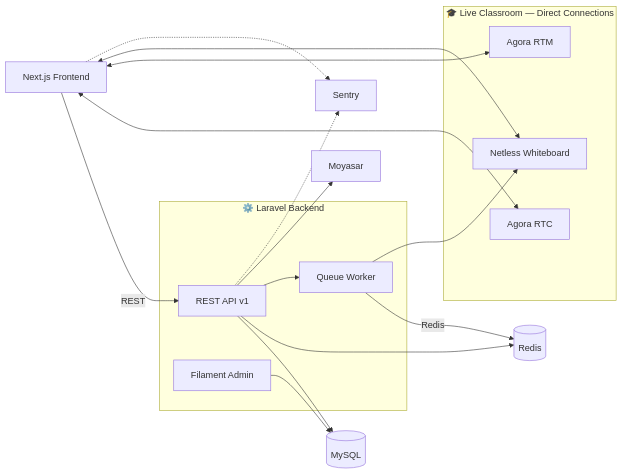
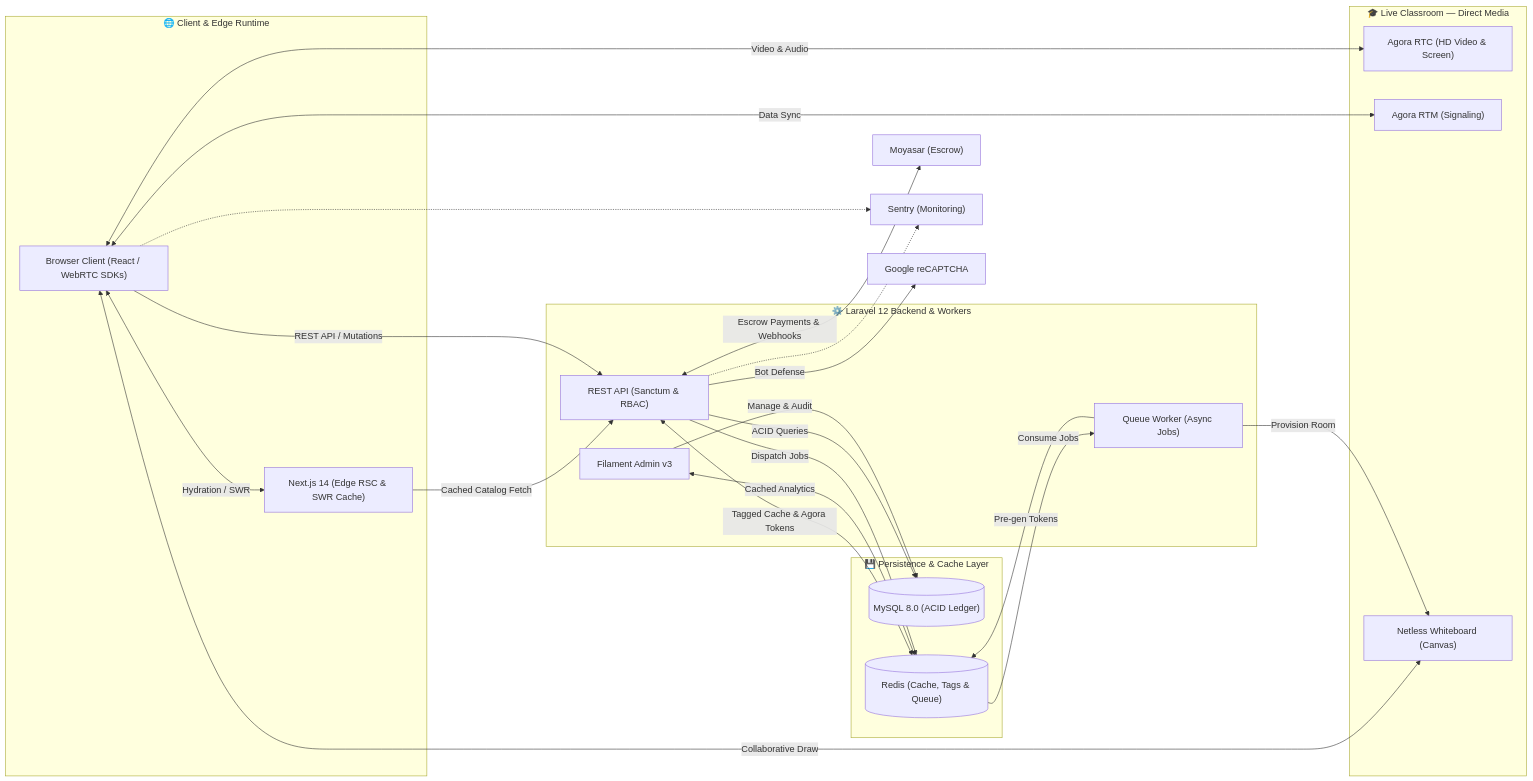
One commit to Ammar-1993/Taj-Platform changed the diagram in README.md. Above: the diagram before and after it, drawn with Mermaid. The commit also changed other lines of this file, not shown here.

Commit message:
docs(architecture): refine System Architecture diagram with v2.0 hybrid RSC, Redis queue & WebRTC flows

````diff
--- a/README.md
+++ b/README.md
@@ -55,35 +59,52 @@
 ```mermaid
 graph LR
-    FE[Next.js Frontend]
-
-    subgraph Live["🎓 Live Classroom — Direct Connections"]
-        RTC[Agora RTC]
-        RTM[Agora RTM]
-        WB[Netless Whiteboard]
+    subgraph ClientLayer["🌐 Client & Edge Runtime"]
+        CLIENT["Browser Client (React / WebRTC SDKs)"]
+        SSR["Next.js 14 (Edge RSC & SWR Cache)"]
     end
 
-    subgraph BE["⚙️ Laravel Backend"]
-        API[REST API v1]
-        ADMIN[Filament Admin]
-        QUEUE[Queue Worker]
+    subgraph Live["🎓 Live Classroom — Direct Media"]
+        RTC["Agora RTC (HD Video & Screen)"]
+        RTM["Agora RTM (Signaling)"]
+        WB["Netless Whiteboard (Canvas)"]
     end
 
-    DB[(MySQL)]
-    REDIS[(Redis)]
-    PAY[Moyasar]
-    MON[Sentry]
+    subgraph BE["⚙️ Laravel 12 Backend & Workers"]
+        API["REST API (Sanctum & RBAC)"]
+        ADMIN["Filament Admin v3"]
+        QUEUE["Queue Worker (Async Jobs)"]
+    end
 
-    FE -->|REST| API
-    FE <--> RTC
-    FE <--> RTM
-    FE <--> WB
-    API --> DB
-    API --> REDIS
-    ADMIN --> DB
-    API --> QUEUE
-    QUEUE -->|Redis| REDIS
-    QUEUE --> WB
-    API --> PAY
+    subgraph Data["💾 Persistence & Cache Layer"]
+        DB[("MySQL 8.0 (ACID Ledger)")]
+        REDIS[("Redis (Cache, Tags & Queue)")]
+    end
+
+    PAY["Moyasar (Escrow)"]
+    MON["Sentry (Monitoring)"]
+    CAPTCHA["Google reCAPTCHA"]
+
+    %% Client and Frontend Connections
+    CLIENT <-->|Hydration / SWR| SSR
+    SSR -->|Cached Catalog Fetch| API
+    CLIENT -->|REST API / Mutations| API
+    CLIENT <-->|Video & Audio| RTC
+    CLIENT <-->|Data Sync| RTM
+    CLIENT <-->|Collaborative Draw| WB
+
+    %% Backend to Data & Infrastructure
+    API -->|ACID Queries| DB
+    ADMIN -->|Manage & Audit| DB
+    API <-->|Tagged Cache & Agora Tokens| REDIS
+    ADMIN <-->|Cached Analytics| REDIS
+    API -->|Dispatch Jobs| REDIS
+    REDIS -->|Consume Jobs| QUEUE
+    QUEUE -->|Pre-gen Tokens| REDIS
+    QUEUE -->|Provision Room| WB
+
+    %% Third-Party Services
+    API <-->|Escrow Payments & Webhooks| PAY
+    API -->|Bot Defense| CAPTCHA
     API -.-> MON
-    FE -.-> MON
+    CLIENT -.-> MON
 ```
````
